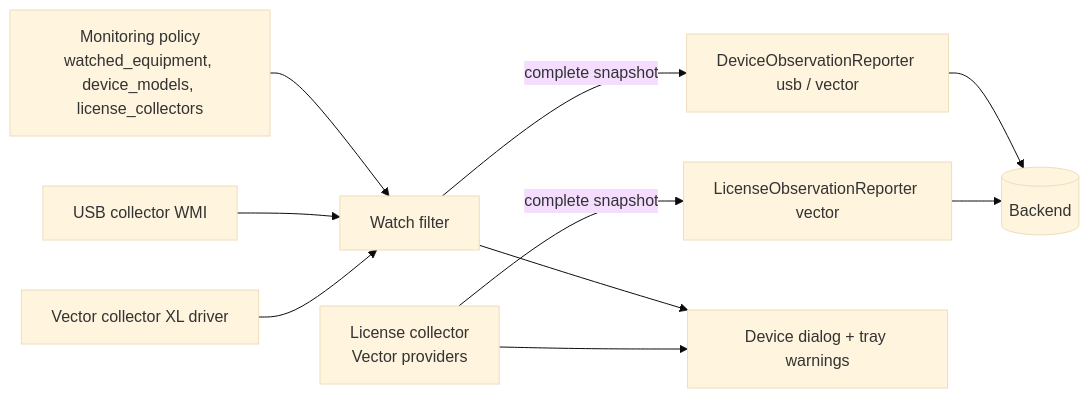
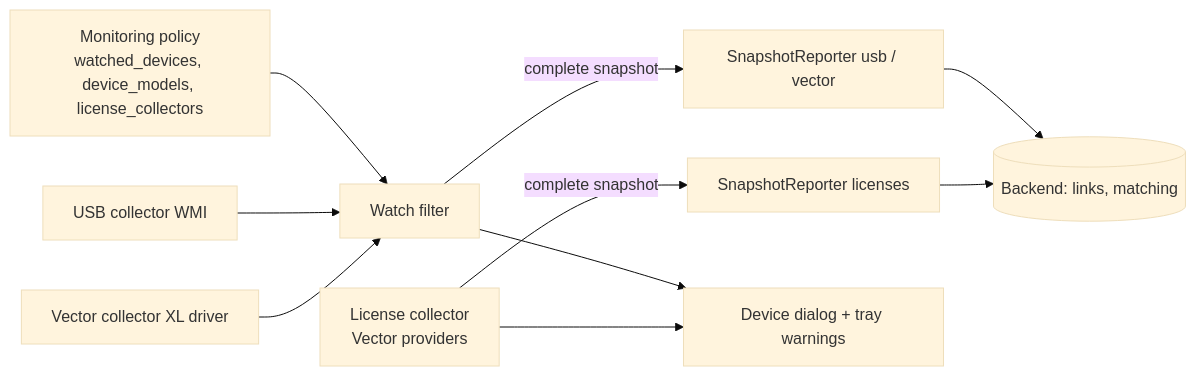
One commit to angustino88/agent changed the diagram in docs/design/bench-device-and-license-monitoring.md. Above: the diagram before and after it, drawn with Mermaid (base theme). The commit also changed other lines of this file, not shown here.

First line of the commit message:
Design: identify devices by hardware IDs and coordinator links, not serial_number

````diff
--- a/docs/design/bench-device-and-license-monitoring.md
+++ b/docs/design/bench-device-and-license-monitoring.md
@@ -41,12 +50,12 @@
 ```mermaid
 flowchart LR
-    P[Monitoring policy<br/>watched_equipment, device_models, license_collectors] --> F[Watch filter]
+    P[Monitoring policy<br/>watched_devices, device_models, license_collectors] --> F[Watch filter]
     U[USB collector WMI] --> F
     V[Vector collector XL driver] --> F
-    F -->|complete snapshot| R1[DeviceObservationReporter usb / vector]
-    L[License collector<br/>Vector providers] -->|complete snapshot| R2[LicenseObservationReporter vector]
-    R1 --> B[(Backend)]
+    F -->|complete snapshot| R1[SnapshotReporter usb / vector]
+    L[License collector<br/>Vector providers] -->|complete snapshot| R2[SnapshotReporter licenses]
+    R1 --> B[(Backend: links, matching)]
     R2 --> B
     F --> UI[Device dialog + tray warnings]
     L --> UI
 ```
````
